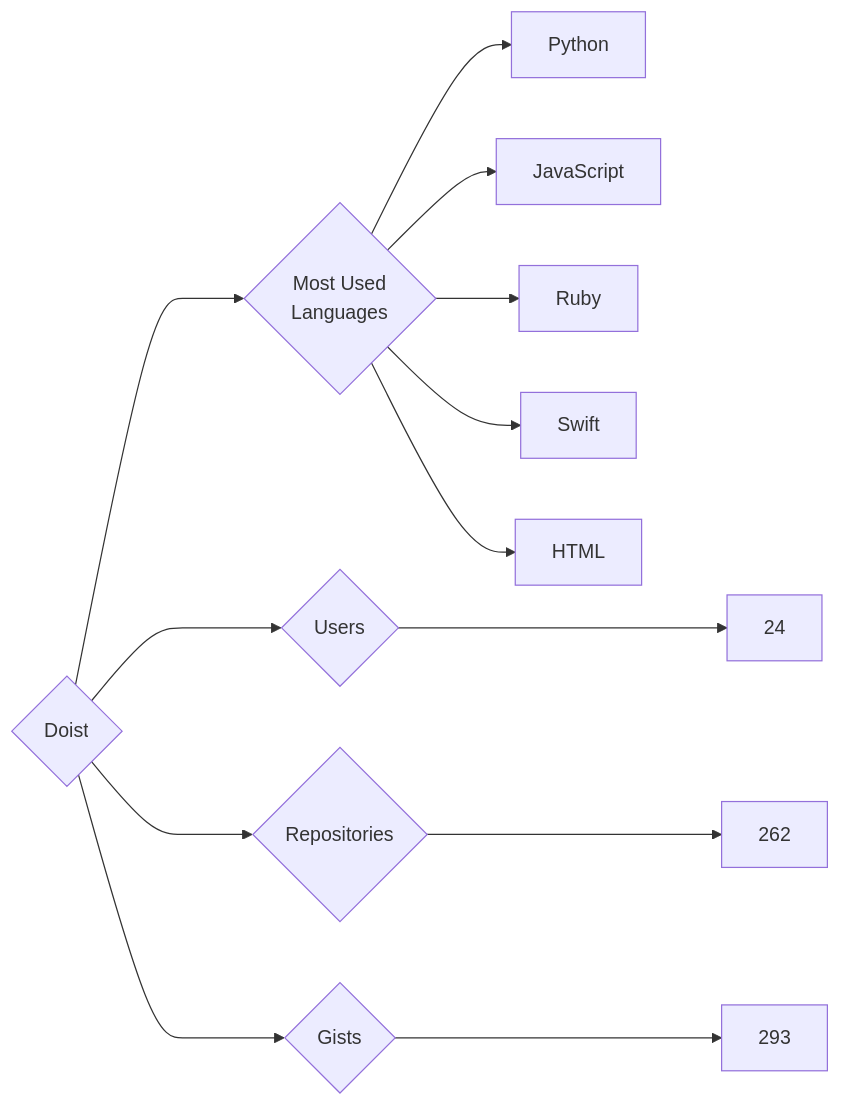
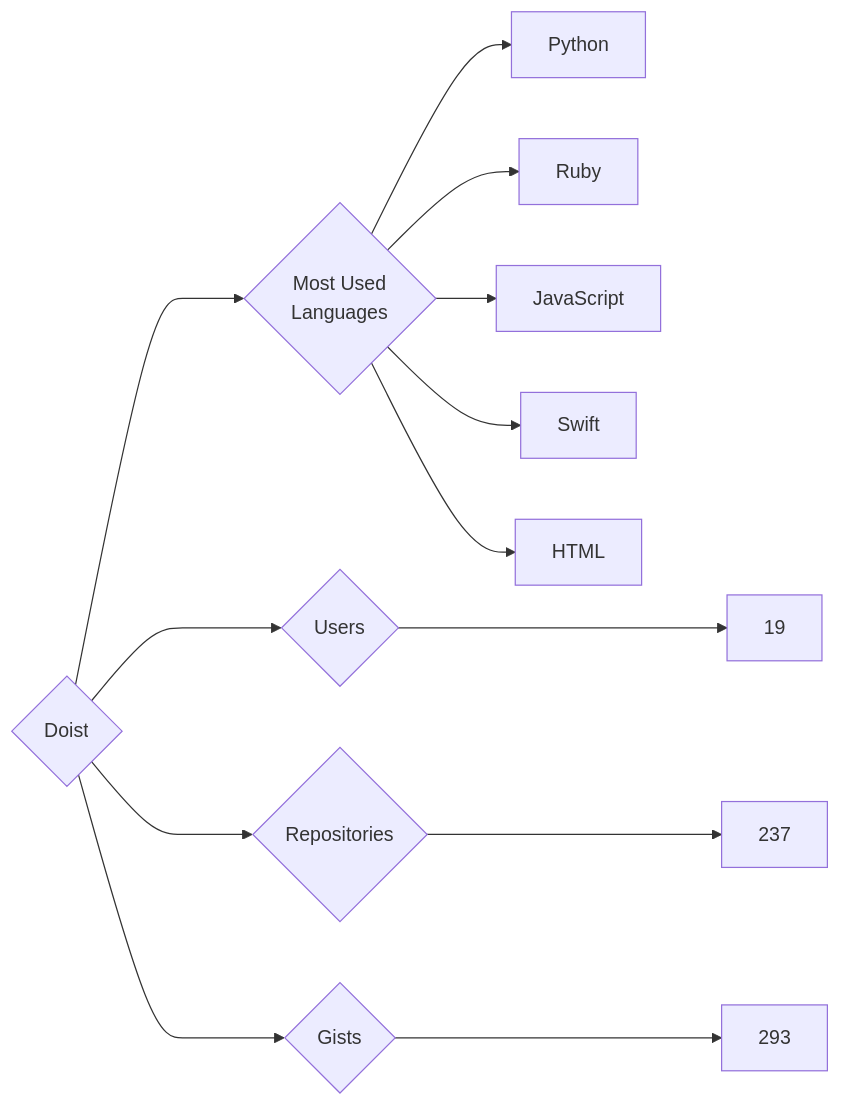
The diagram in targets/Doist/README.md (trickest/insiders), drawn with Mermaid before and after one commit. The commit also changed 752 other files, not shown here.

````diff
--- a/targets/Doist/README.md
+++ b/targets/Doist/README.md
@@ -3,13 +3,13 @@
 ```mermaid
 graph LR
 COMPANY_NAME{Doist}
-COMPANY_NAME ---> U{Users} ---> UN[24]
-COMPANY_NAME ---> R{Repositories} ---> RN[262]
+COMPANY_NAME ---> U{Users} ---> UN[19]
+COMPANY_NAME ---> R{Repositories} ---> RN[237]
 COMPANY_NAME ---> G{Gists} ---> GN[293]
 COMPANY_NAME ---> ML{Most Used<br>Languages}
 ML --> Python[Python]
+ML --> Ruby[Ruby]
 ML --> JavaScript[JavaScript]
-ML --> Ruby[Ruby]
 ML --> Swift[Swift]
 ML --> HTML[HTML]
 ```
````
